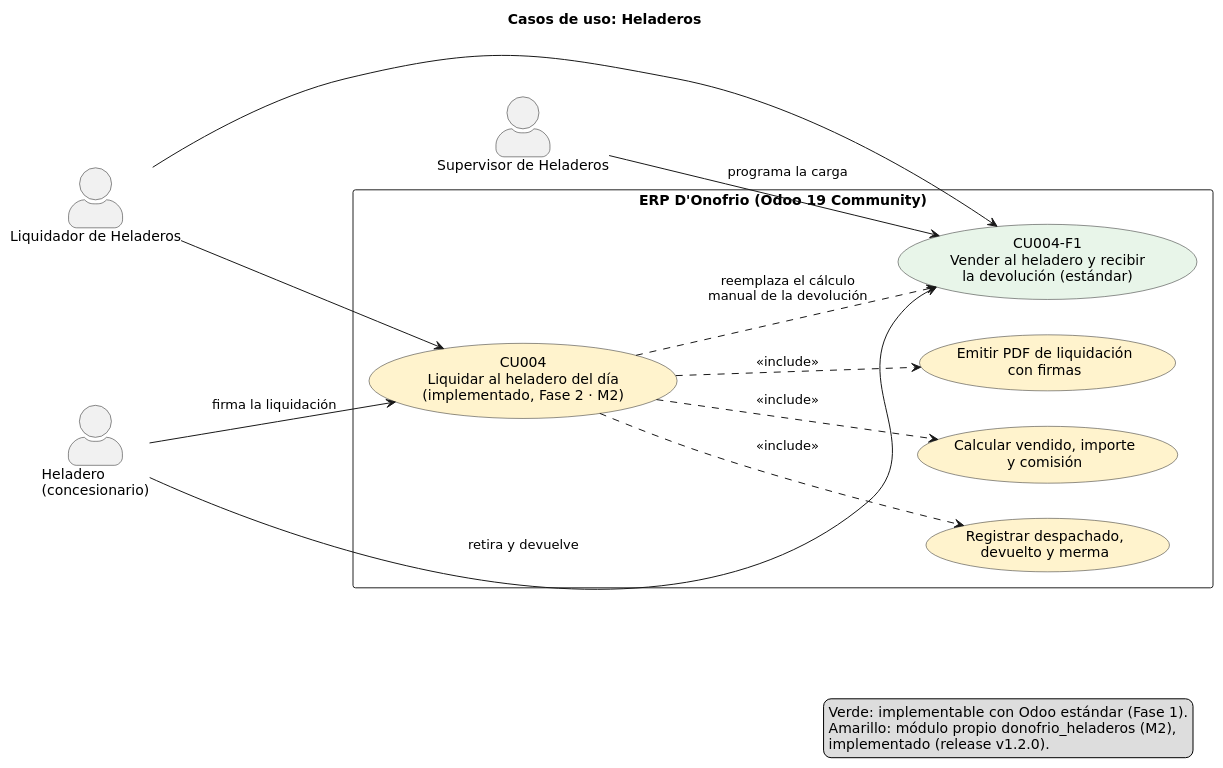
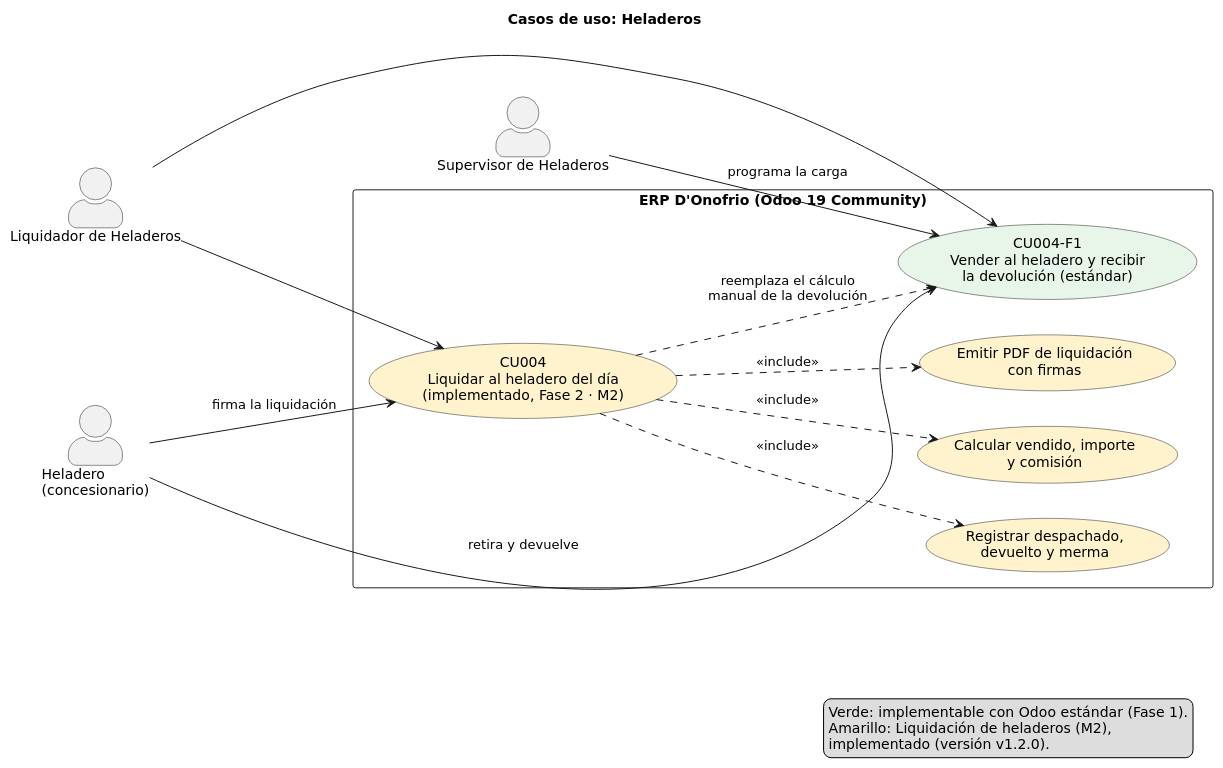
One commit to orlando572/erp-donofrio changed the diagram in docs/diagramas/cu/cu_heladeros.puml. Above: the diagram before and after it, drawn with PlantUML. The commit also changed 47 other files, not shown here.

First line of the commit message:
docs(diagramas): quita la etiqueta «módulo propio» de pantallas, BPMN, casos de uso, C4 y dependencias [S4]

```diff
--- a/docs/diagramas/cu/cu_heladeros.puml
+++ b/docs/diagramas/cu/cu_heladeros.puml
@@ -1,46 +1,46 @@
 @startuml cu_heladeros
 ' Casos de uso de Heladeros (CU004). RF004 es Fase 2 (donofrio_heladeros, M2): implementado.
 ' Sin la Fase 2 se cubre con la variante estándar: pedido de venta al heladero + devolución.
 left to right direction
 skinparam shadowing false
 skinparam defaultFontName DejaVu Sans
 skinparam actorStyle awesome
 skinparam usecase {
   BackgroundColor #F4F7FB
   BorderColor #222222
 }
 skinparam rectangle {
   BackgroundColor #FFFFFF
   BorderColor #222222
 }
 title Casos de uso: Heladeros
 
 actor "Supervisor de Heladeros" as SUP
 actor "Liquidador de Heladeros" as LIQ
 actor "Heladero\n(concesionario)" as HEL
 
 rectangle "ERP D'Onofrio (Odoo 19 Community)" {
   usecase "CU004-F1\nVender al heladero y recibir\nla devolución (estándar)" as F1 #E8F5E9
   usecase "CU004\nLiquidar al heladero del día\n(implementado, Fase 2 · M2)" as CU004 #FFF3CD
   usecase "Registrar despachado,\ndevuelto y merma" as REG #FFF3CD
   usecase "Calcular vendido, importe\ny comisión" as CAL #FFF3CD
   usecase "Emitir PDF de liquidación\ncon firmas" as PDF #FFF3CD
 }
 
 SUP --> F1 : programa la carga
 LIQ --> F1
 LIQ --> CU004
 HEL --> F1 : retira y devuelve
 HEL --> CU004 : firma la liquidación
 
 CU004 ..> REG : <<include>>
 CU004 ..> CAL : <<include>>
 CU004 ..> PDF : <<include>>
 CU004 ..> F1 : reemplaza el cálculo\nmanual de la devolución
 
 legend right
   Verde: implementable con Odoo estándar (Fase 1).
-  Amarillo: módulo propio donofrio_heladeros (M2),
-  implementado (release v1.2.0).
+  Amarillo: Liquidación de heladeros (M2),
+  implementado (versión v1.2.0).
 endlegend
 @enduml
```
